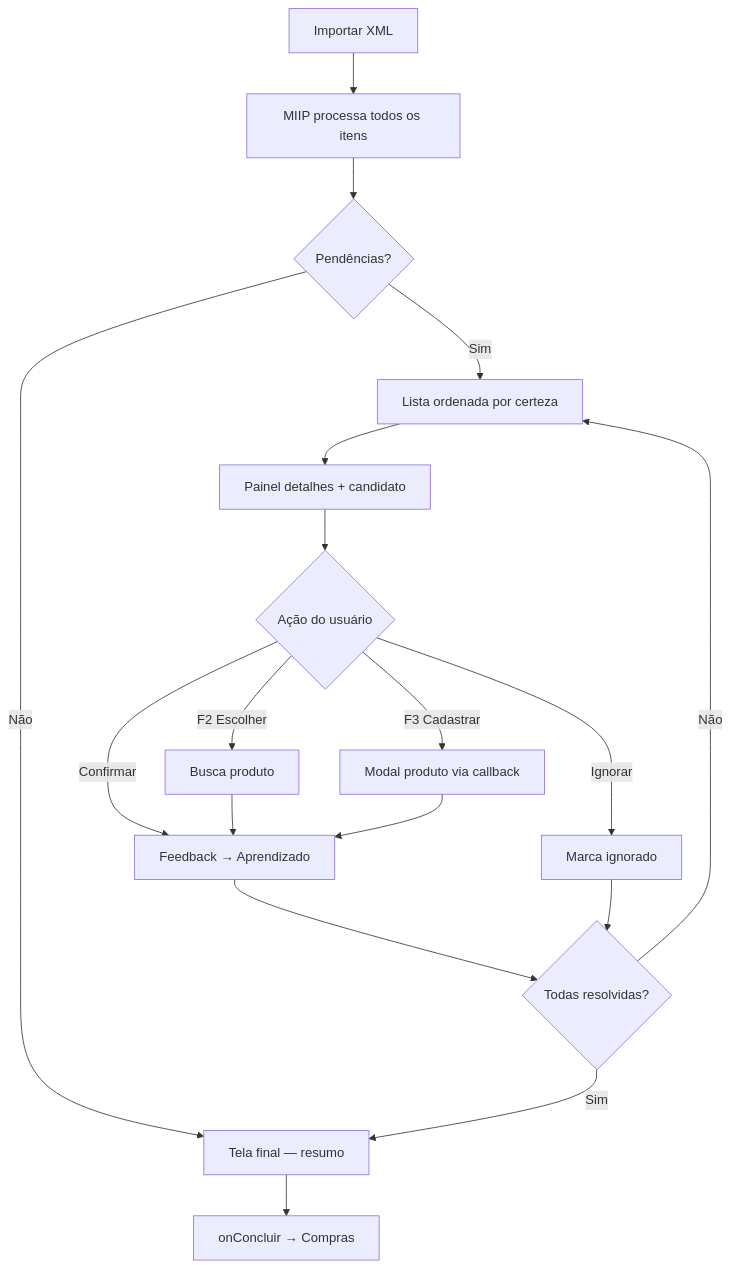
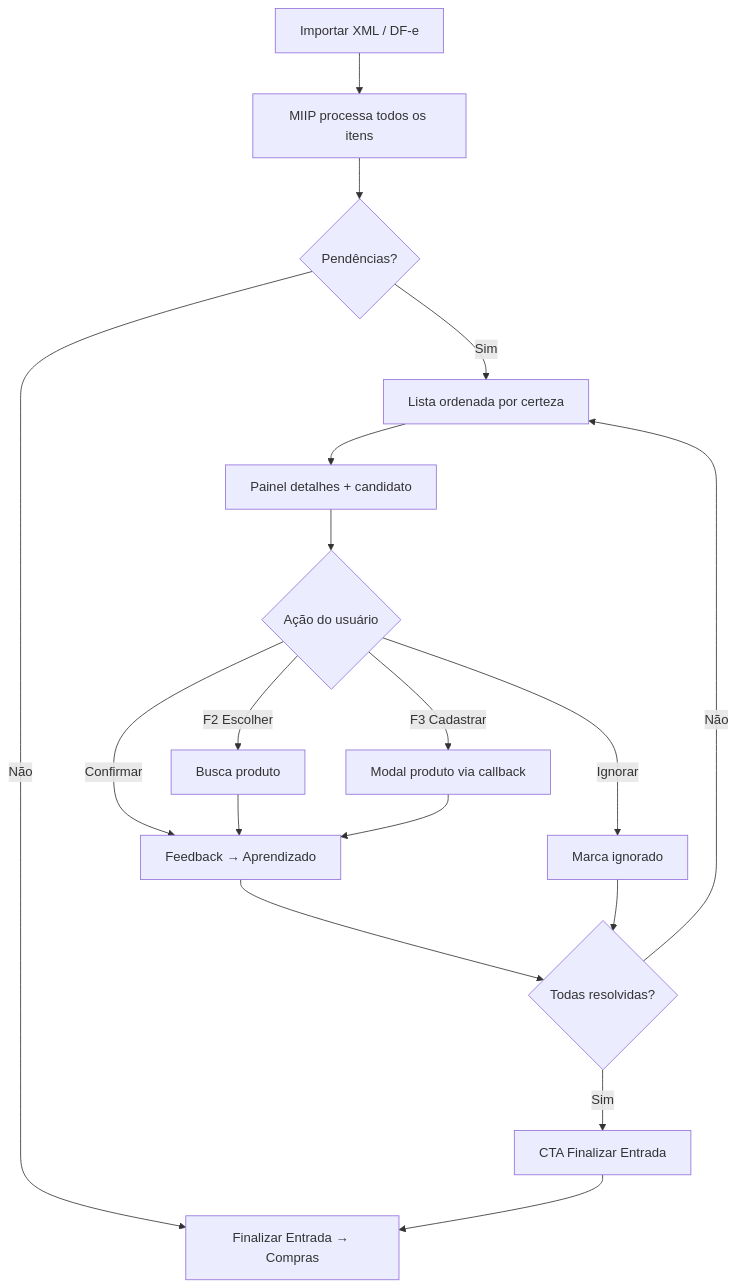
One commit to cicerodiego888-a11y/CDS-SISTEMAS-INTELIGENTE changed the diagram in docs/motores/miip/MIIP_CENTRAL_REVISAO.md. Above: the diagram before and after it, drawn with Mermaid. The commit also changed other lines of this file and 36 other files, not shown here.

````diff
--- a/docs/motores/miip/MIIP_CENTRAL_REVISAO.md
+++ b/docs/motores/miip/MIIP_CENTRAL_REVISAO.md
@@ -34,20 +36,20 @@
 ```mermaid
 flowchart TD
-    A[Importar XML] --> B[MIIP processa todos os itens]
+    A[Importar XML / DF-e] --> B[MIIP processa todos os itens]
     B --> C{Pendências?}
-    C -->|Não| D[Tela final — resumo]
+    C -->|Não| FIM[Finalizar Entrada → Compras]
     C -->|Sim| E[Lista ordenada por certeza]
     E --> F[Painel detalhes + candidato]
     F --> G{Ação do usuário}
     G -->|Confirmar| H[Feedback → Aprendizado]
     G -->|F2 Escolher| I[Busca produto]
     G -->|F3 Cadastrar| J[Modal produto via callback]
     G -->|Ignorar| K[Marca ignorado]
     H --> L{Todas resolvidas?}
     I --> H
     J --> H
     K --> L
     L -->|Não| E
-    L -->|Sim| D
-    D --> M[onConcluir → Compras]
+    L -->|Sim| D[CTA Finalizar Entrada]
+    D --> FIM
 ```
````
